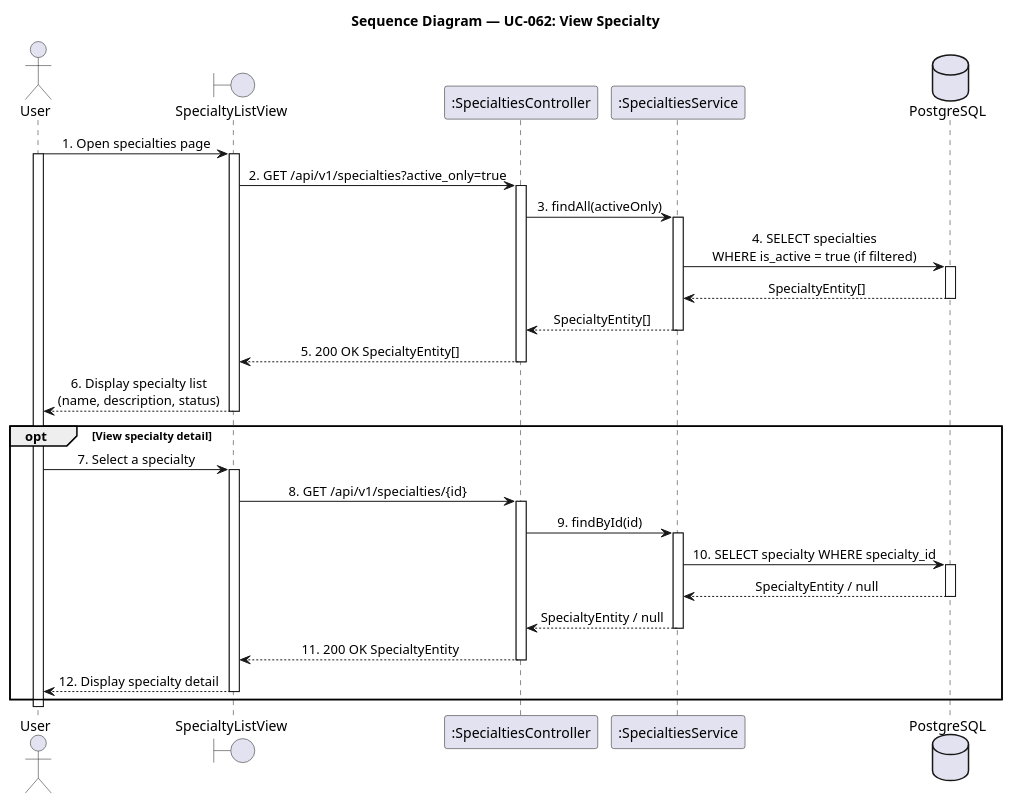
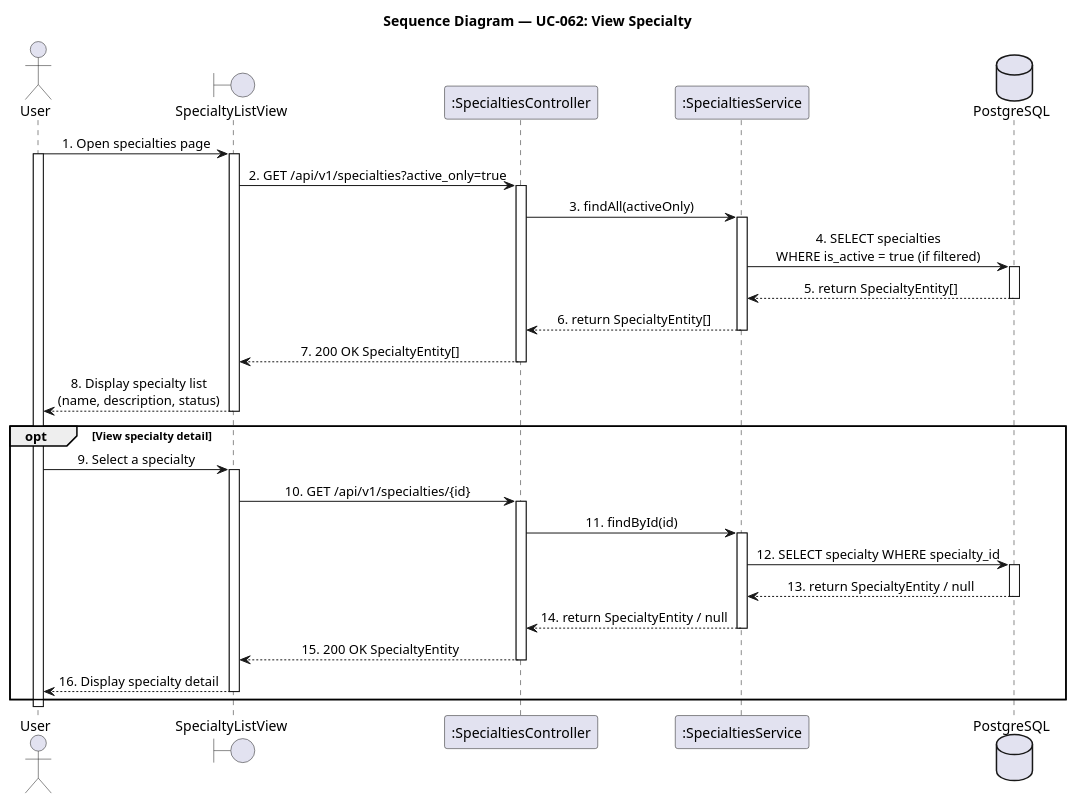
One commit to LTPPPP/Smart-Medical-Intelligent-Ledger-for-E-health-S.M.I.L.E- changed the diagram in docs/sequence-diagram/UC62_ViewSpecialty.puml. Above: the diagram before and after it, drawn with PlantUML. The commit also changed 177 other files, not shown here.

Commit message:
skill and doc class diagram

```diff
--- a/docs/sequence-diagram/UC62_ViewSpecialty.puml
+++ b/docs/sequence-diagram/UC62_ViewSpecialty.puml
@@ -1,64 +1,64 @@
 @startuml SequenceDiagram
 skinparam shadowing false
 skinparam sequenceMessageAlign center
 
 title Sequence Diagram — UC-062: View Specialty
 
 actor "User" as user
 boundary "SpecialtyListView" as form
 participant ":SpecialtiesController" as ctrl
 participant ":SpecialtiesService" as specSvc
 database "PostgreSQL" as db
 
 user -> form : 1. Open specialties page
 activate user
 activate form
 
 form -> ctrl : 2. GET /api/v1/specialties?active_only=true
 activate ctrl
 
 ctrl -> specSvc : 3. findAll(activeOnly)
 activate specSvc
 
 specSvc -> db : 4. SELECT specialties\nWHERE is_active = true (if filtered)
 activate db
-db --> specSvc : SpecialtyEntity[]
+db --> specSvc : 5. return SpecialtyEntity[]
 deactivate db
 
-specSvc --> ctrl : SpecialtyEntity[]
+specSvc --> ctrl : 6. return SpecialtyEntity[]
 deactivate specSvc
 
-ctrl --> form : 5. 200 OK SpecialtyEntity[]
+ctrl --> form : 7. 200 OK SpecialtyEntity[]
 deactivate ctrl
 
-form --> user : 6. Display specialty list\n(name, description, status)
+form --> user : 8. Display specialty list\n(name, description, status)
 deactivate form
 
 opt View specialty detail
-  user -> form : 7. Select a specialty
+  user -> form : 9. Select a specialty
   activate form
 
-  form -> ctrl : 8. GET /api/v1/specialties/{id}
+  form -> ctrl : 10. GET /api/v1/specialties/{id}
   activate ctrl
 
-  ctrl -> specSvc : 9. findById(id)
+  ctrl -> specSvc : 11. findById(id)
   activate specSvc
 
-  specSvc -> db : 10. SELECT specialty WHERE specialty_id
+  specSvc -> db : 12. SELECT specialty WHERE specialty_id
   activate db
-  db --> specSvc : SpecialtyEntity / null
+  db --> specSvc : 13. return SpecialtyEntity / null
   deactivate db
 
-  specSvc --> ctrl : SpecialtyEntity / null
+  specSvc --> ctrl : 14. return SpecialtyEntity / null
   deactivate specSvc
 
-  ctrl --> form : 11. 200 OK SpecialtyEntity
+  ctrl --> form : 15. 200 OK SpecialtyEntity
   deactivate ctrl
 
-  form --> user : 12. Display specialty detail
+  form --> user : 16. Display specialty detail
   deactivate form
 end
 
 deactivate user
 
 @enduml
```
